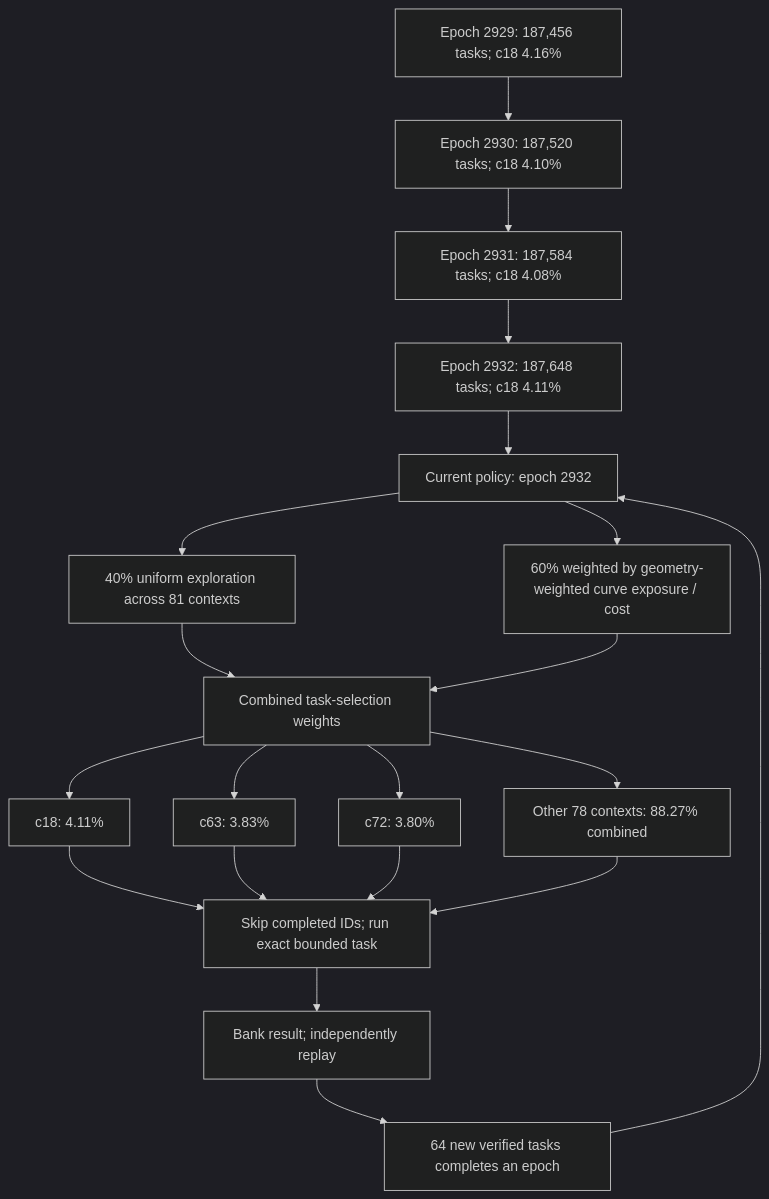
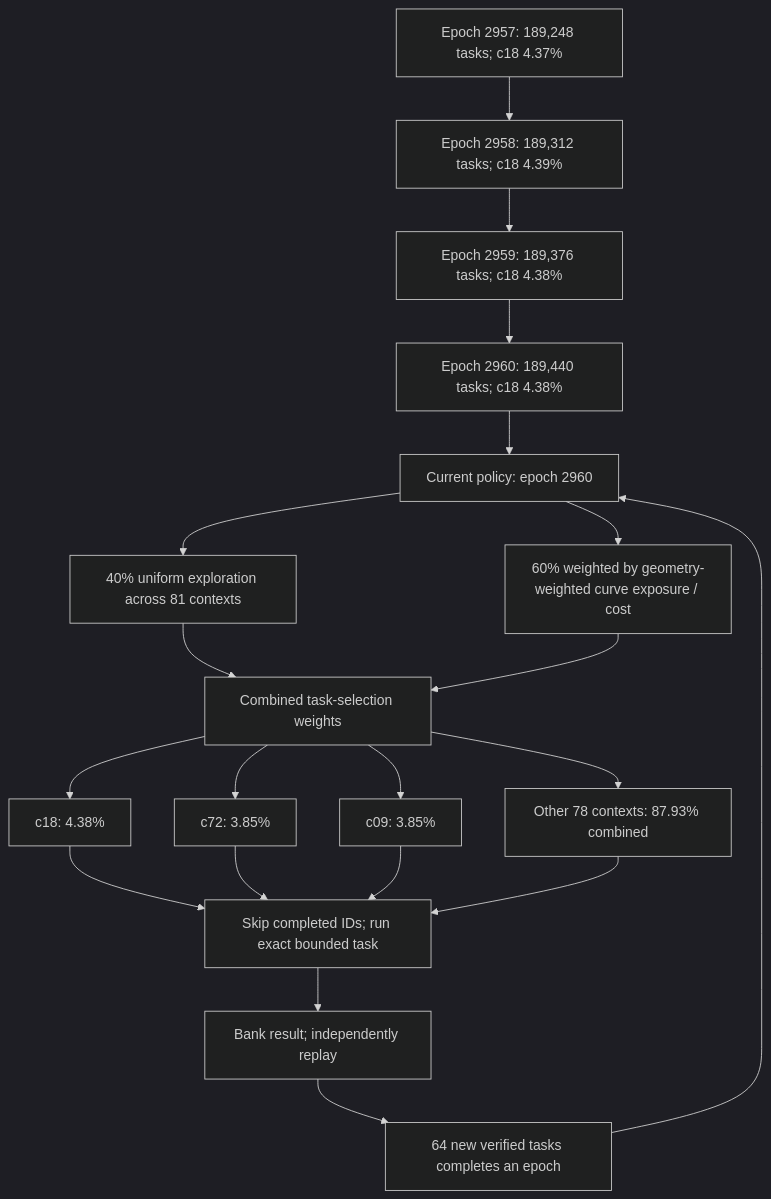
The first of 3 diagrams in README.md (Kuberwastaken/math-gambling), drawn with Mermaid (dark theme) before and after one commit. The commit also changed other lines of this file and 3579 other files, not shown here.

````diff
--- a/README.md
+++ b/README.md
@@ -57,27 +57,27 @@
 ```mermaid
 flowchart TD
-    H0["Epoch 2929: 187,456 tasks; c18 4.16%"]
-    H1["Epoch 2930: 187,520 tasks; c18 4.10%"]
+    H0["Epoch 2957: 189,248 tasks; c18 4.37%"]
+    H1["Epoch 2958: 189,312 tasks; c18 4.39%"]
     H0 --> H1
-    H2["Epoch 2931: 187,584 tasks; c18 4.08%"]
+    H2["Epoch 2959: 189,376 tasks; c18 4.38%"]
     H1 --> H2
-    H3["Epoch 2932: 187,648 tasks; c18 4.11%"]
+    H3["Epoch 2960: 189,440 tasks; c18 4.38%"]
     H2 --> H3
-    Policy["Current policy: epoch 2932"]
+    Policy["Current policy: epoch 2960"]
     H3 --> Policy
     Policy --> Explore["40% uniform exploration across 81 contexts"]
     Policy --> Cost["60% weighted by geometry-weighted curve exposure / cost"]
     Explore --> Mix["Combined task-selection weights"]
     Cost --> Mix
-    Mix --> C0["c18: 4.11%"]
-    Mix --> C1["c63: 3.83%"]
-    Mix --> C2["c72: 3.80%"]
-    Mix --> Rest["Other 78 contexts: 88.27% combined"]
+    Mix --> C0["c18: 4.38%"]
+    Mix --> C1["c72: 3.85%"]
+    Mix --> C2["c09: 3.85%"]
+    Mix --> Rest["Other 78 contexts: 87.93% combined"]
     C0 --> Check["Skip completed IDs; run exact bounded task"]
     C1 --> Check
     C2 --> Check
     Rest --> Check
     Check --> Replay["Bank result; independently replay"]
     Replay --> Gate["64 new verified tasks completes an epoch"]
     Gate --> Policy
 ```
````
